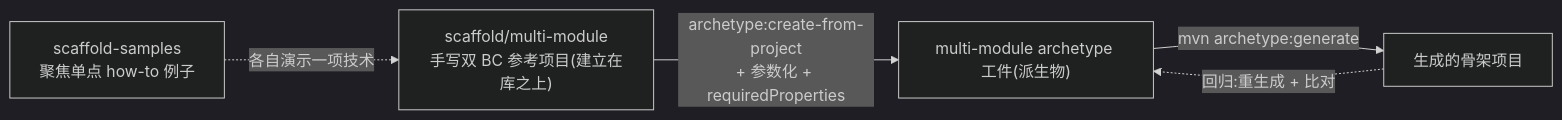
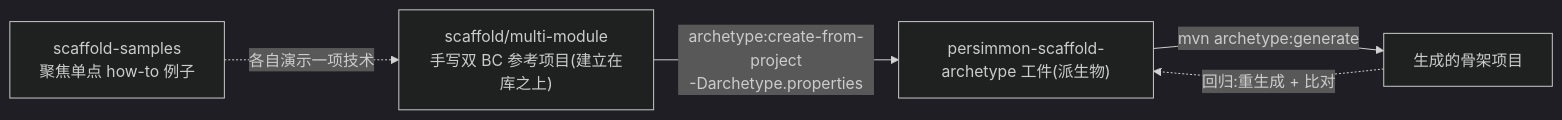
Before and after one commit to ryan-alexander-zhang/ai-native-project-template: the second of 2 diagrams in docs/design/design-00001-aipersimmon-ddd-and-scaffold.md, drawn with Mermaid (dark theme). The commit also changed other lines of this file and 11 other files, not shown here.

First line of the commit message:
feat(scaffold): derive multi-module archetype (create-from-project)

````diff
--- a/docs/design/design-00001-aipersimmon-ddd-and-scaffold.md
+++ b/docs/design/design-00001-aipersimmon-ddd-and-scaffold.md
@@ -193,8 +193,8 @@
 ```mermaid
 flowchart LR
   mm["scaffold/multi-module<br/>手写双 BC 参考项目(建立在库之上)"]
-  mm -->|archetype:create-from-project<br/>+ 参数化 + requiredProperties| arch["multi-module archetype 工件(派生物)"]
+  mm -->|archetype:create-from-project<br/>-Darchetype.properties| arch["persimmon-scaffold-archetype 工件(派生物)"]
   arch -->|mvn archetype:generate| gen["生成的骨架项目"]
   gen -.->|回归:重生成 + 比对| arch
   samples["scaffold-samples<br/>聚焦单点 how-to 例子"] -.->|各自演示一项技术| mm
 ```
````
